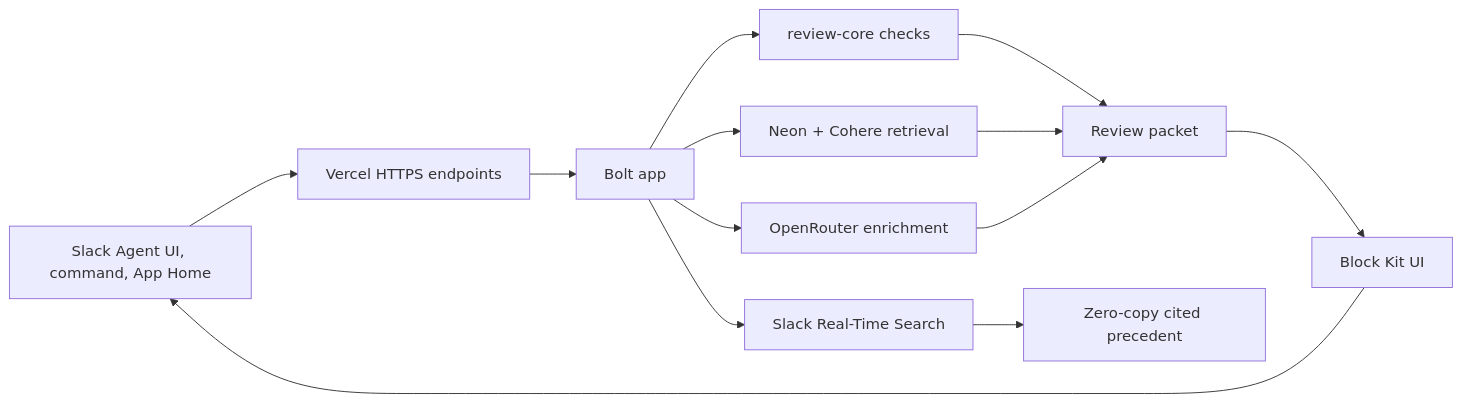
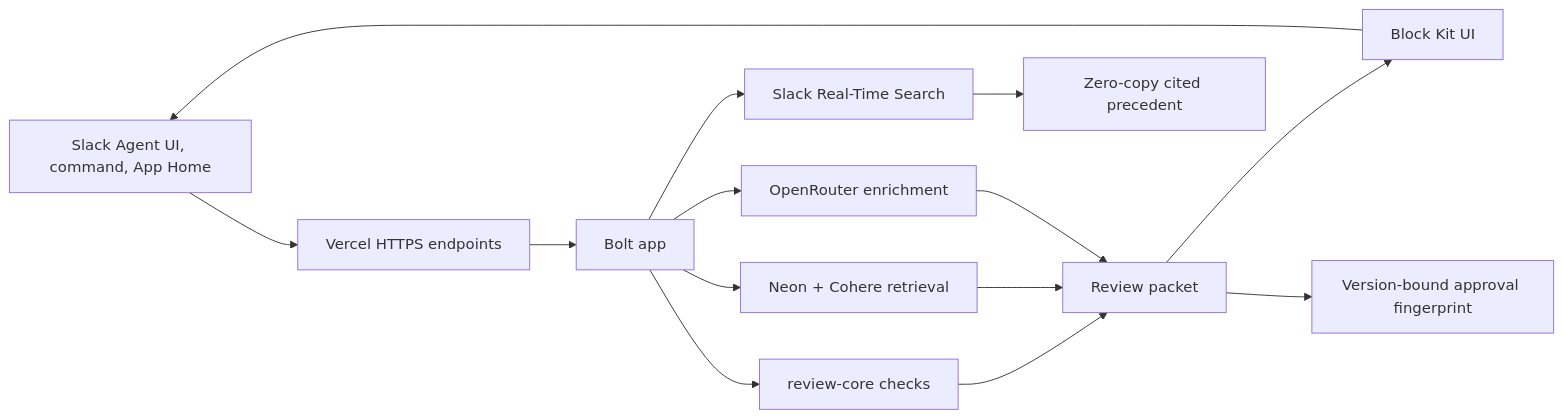
One commit to N-45div/SecureLore changed the second of 3 diagrams in README.md. Above: the diagram before and after it, drawn with Mermaid. The commit also changed other lines of this file and 5 other files, not shown here.

````diff
--- a/README.md
+++ b/README.md
@@ -49,15 +55,16 @@
 ```mermaid
 flowchart LR
   Slack[Slack Agent UI, command, App Home] --> Vercel[Vercel HTTPS endpoints]
   Vercel --> Bolt[Bolt app]
   Bolt --> Core[review-core checks]
   Bolt --> Memory[Neon + Cohere retrieval]
   Bolt --> LLM[OpenRouter enrichment]
   Bolt --> RTS[Slack Real-Time Search]
   Core --> Packet[Review packet]
   Memory --> Packet
   LLM --> Packet
   RTS --> Live[Zero-copy cited precedent]
   Packet --> SlackUI[Block Kit UI]
+  Packet --> Fingerprint[Version-bound approval fingerprint]
   SlackUI --> Slack
 ```
````
